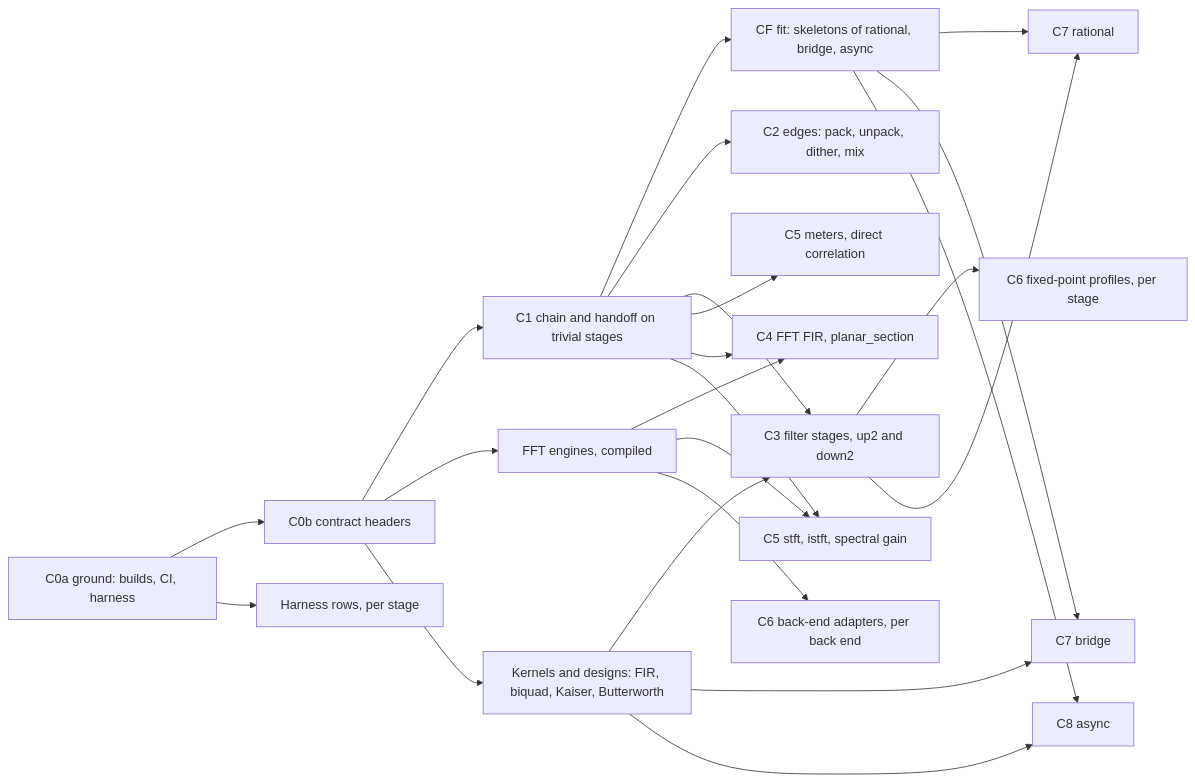
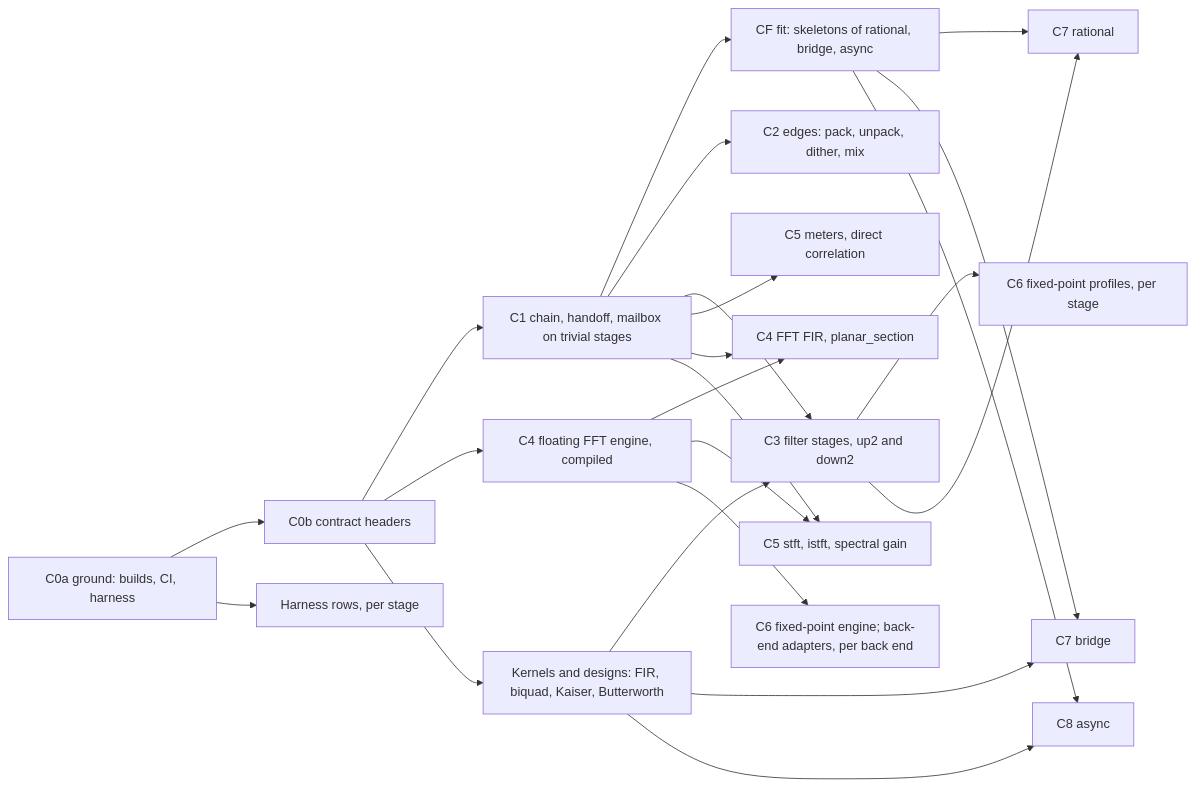
The diagram in PLAN.md (tap/catenae), drawn with Mermaid before and after one commit. The commit also changed other lines of this file and 1 other file, not shown here.

````diff
--- a/PLAN.md
+++ b/PLAN.md
@@ -1024,25 +772,25 @@
 ```mermaid
 graph LR
     C0a[C0a ground: builds, CI, harness] --> C0b[C0b contract headers]
-    C0b --> C1[C1 chain and handoff on trivial stages]
+    C0b --> C1[C1 chain, handoff, mailbox on trivial stages]
     C0a --> H[Harness rows, per stage]
-    C0b --> F[FFT engines, compiled]
+    C0b --> F[C4 floating FFT engine, compiled]
     C0b --> K[Kernels and designs: FIR, biquad, Kaiser, Butterworth]
     C1 --> CF[CF fit: skeletons of rational, bridge, async]
     C1 --> E[C2 edges: pack, unpack, dither, mix]
     C1 --> S[C3 filter stages, up2 and down2]
     K --> S
     C1 --> A[C5 meters, direct correlation]
     F --> B[C4 FFT FIR, planar_section]
     C1 --> B
     F --> T[C5 stft, istft, spectral gain]
     C1 --> T
     S --> Q[C6 fixed-point profiles, per stage]
-    F --> X[C6 back-end adapters, per back end]
+    F --> X[C6 fixed-point engine; back-end adapters, per back end]
     CF --> R[C7 rational]
     S --> R
     CF --> BR[C7 bridge]
     K --> BR
     CF --> AS[C8 async]
     K --> AS
 ```
````
